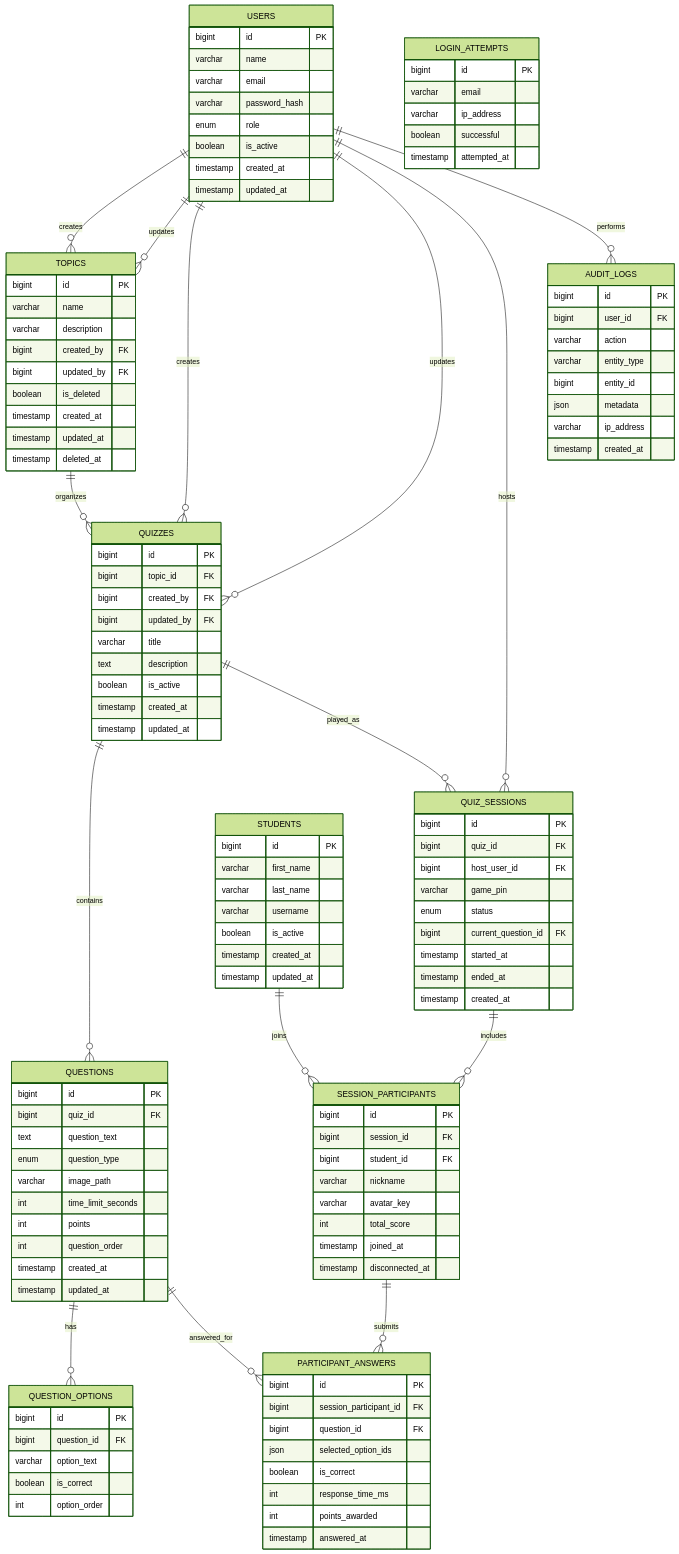
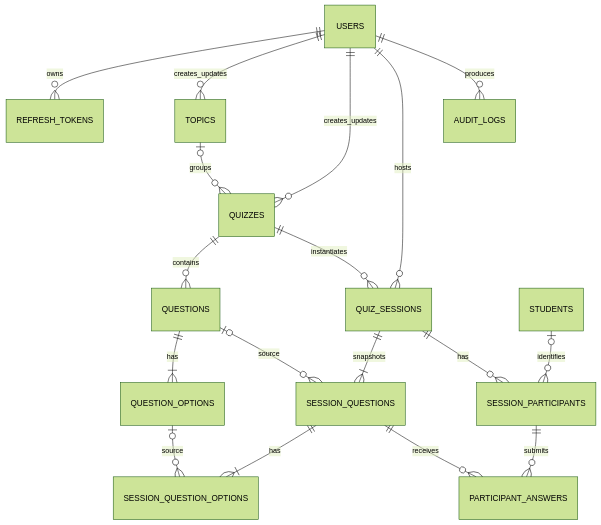
Before and after one commit to majapredojevic/codeland-quiz: the diagram in docs/04-database-design.md, drawn with Mermaid (forest theme). The commit also changed other lines of this file and 12 other files, not shown here.

````diff
--- a/docs/04-database-design.md
+++ b/docs/04-database-design.md
@@ -35,141 +9,20 @@
 ```mermaid
 erDiagram
-    USERS ||--o{ TOPICS : creates
-    USERS ||--o{ TOPICS : updates
-    USERS ||--o{ QUIZZES : creates
-    USERS ||--o{ QUIZZES : updates
+    USERS ||--o{ REFRESH_TOKENS : owns
+    USERS ||--o{ TOPICS : creates_updates
+    USERS ||--o{ QUIZZES : creates_updates
     USERS ||--o{ QUIZ_SESSIONS : hosts
-    USERS ||--o{ AUDIT_LOGS : performs
-
-    STUDENTS ||--o{ SESSION_PARTICIPANTS : joins
-
-    TOPICS ||--o{ QUIZZES : organizes
-
+    USERS ||--o{ AUDIT_LOGS : produces
+    TOPICS o|--o{ QUIZZES : groups
     QUIZZES ||--o{ QUESTIONS : contains
-    QUIZZES ||--o{ QUIZ_SESSIONS : played_as
-
-    QUESTIONS ||--o{ QUESTION_OPTIONS : has
-    QUESTIONS ||--o{ PARTICIPANT_ANSWERS : answered_for
-
-    QUIZ_SESSIONS ||--o{ SESSION_PARTICIPANTS : includes
+    QUESTIONS ||--|{ QUESTION_OPTIONS : has
+    QUIZZES ||--o{ QUIZ_SESSIONS : instantiates
+    QUIZ_SESSIONS ||--|{ SESSION_QUESTIONS : snapshots
+    QUESTIONS o|--o{ SESSION_QUESTIONS : source
+    SESSION_QUESTIONS ||--|{ SESSION_QUESTION_OPTIONS : has
+    QUESTION_OPTIONS o|--o{ SESSION_QUESTION_OPTIONS : source
+    QUIZ_SESSIONS ||--o{ SESSION_PARTICIPANTS : has
+    STUDENTS o|--o{ SESSION_PARTICIPANTS : identifies
     SESSION_PARTICIPANTS ||--o{ PARTICIPANT_ANSWERS : submits
-
-    USERS {
-        bigint id PK
-        varchar name
-        varchar email
-        varchar password_hash
-        enum role
-        boolean is_active
-        timestamp created_at
-        timestamp updated_at
-    }
-
-    STUDENTS {
-        bigint id PK
-        varchar first_name
-        varchar last_name
-        varchar username
-        boolean is_active
-        timestamp created_at
-        timestamp updated_at
-    }
-
-    TOPICS {
-        bigint id PK
-        varchar name
-        varchar description
-        bigint created_by FK
-        bigint updated_by FK
-        boolean is_deleted
-        timestamp created_at
-        timestamp updated_at
-        timestamp deleted_at
-    }
-
-    QUIZZES {
-        bigint id PK
-        bigint topic_id FK
-        bigint created_by FK
-        bigint updated_by FK
-        varchar title
-        text description
-        boolean is_active
-        timestamp created_at
-        timestamp updated_at
-    }
-
-    QUESTIONS {
-        bigint id PK
-        bigint quiz_id FK
-        text question_text
-        enum question_type
-        varchar image_path
-        int time_limit_seconds
-        int points
-        int question_order
-        timestamp created_at
-        timestamp updated_at
-    }
-
-    QUESTION_OPTIONS {
-        bigint id PK
-        bigint question_id FK
-        varchar option_text
-        boolean is_correct
-        int option_order
-    }
-
-    QUIZ_SESSIONS {
-        bigint id PK
-        bigint quiz_id FK
-        bigint host_user_id FK
-        varchar game_pin
-        enum status
-        bigint current_question_id FK
-        timestamp started_at
-        timestamp ended_at
-        timestamp created_at
-    }
-
-    SESSION_PARTICIPANTS {
-        bigint id PK
-        bigint session_id FK
-        bigint student_id FK
-        varchar nickname
-        varchar avatar_key
-        int total_score
-        timestamp joined_at
-        timestamp disconnected_at
-    }
-
-    PARTICIPANT_ANSWERS {
-        bigint id PK
-        bigint session_participant_id FK
-        bigint question_id FK
-        json selected_option_ids
-        boolean is_correct
-        int response_time_ms
-        int points_awarded
-        timestamp answered_at
-    }
-
-    LOGIN_ATTEMPTS {
-        bigint id PK
-        varchar email
-        varchar ip_address
-        boolean successful
-        timestamp attempted_at
-    }
-
-    AUDIT_LOGS {
-        bigint id PK
-        bigint user_id FK
-        varchar action
-        varchar entity_type
-        bigint entity_id
-        json metadata
-        varchar ip_address
-        timestamp created_at
-    }
+    SESSION_QUESTIONS ||--o{ PARTICIPANT_ANSWERS : receives
 ```
````
